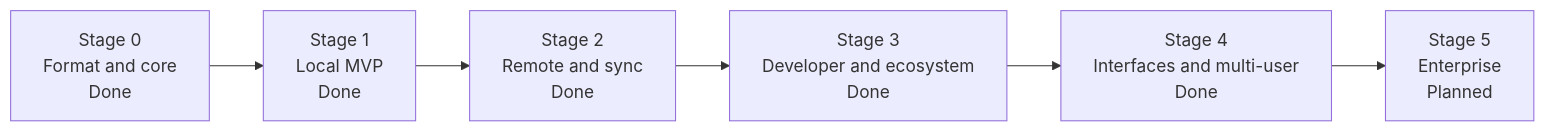
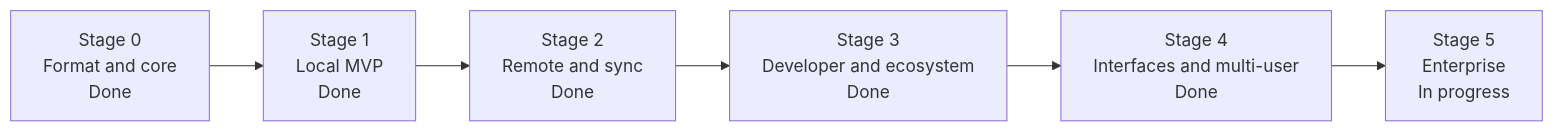
The diagram in docs/ROADMAP.md (efe-clk/apeiron), drawn with Mermaid before and after one commit. The commit also changed other lines of this file and 28 other files, not shown here.

````diff
--- a/docs/ROADMAP.md
+++ b/docs/ROADMAP.md
@@ -11,10 +11,10 @@
 ```mermaid
 flowchart LR
     S0["Stage 0<br/>Format and core<br/>Done"]
     S1["Stage 1<br/>Local MVP<br/>Done"]
     S2["Stage 2<br/>Remote and sync<br/>Done"]
     S3["Stage 3<br/>Developer and ecosystem<br/>Done"]
     S4["Stage 4<br/>Interfaces and multi-user<br/>Done"]
-    S5["Stage 5<br/>Enterprise<br/>Planned"]
+    S5["Stage 5<br/>Enterprise<br/>In progress"]
     S0 --> S1 --> S2 --> S3 --> S4 --> S5
 ```
````
